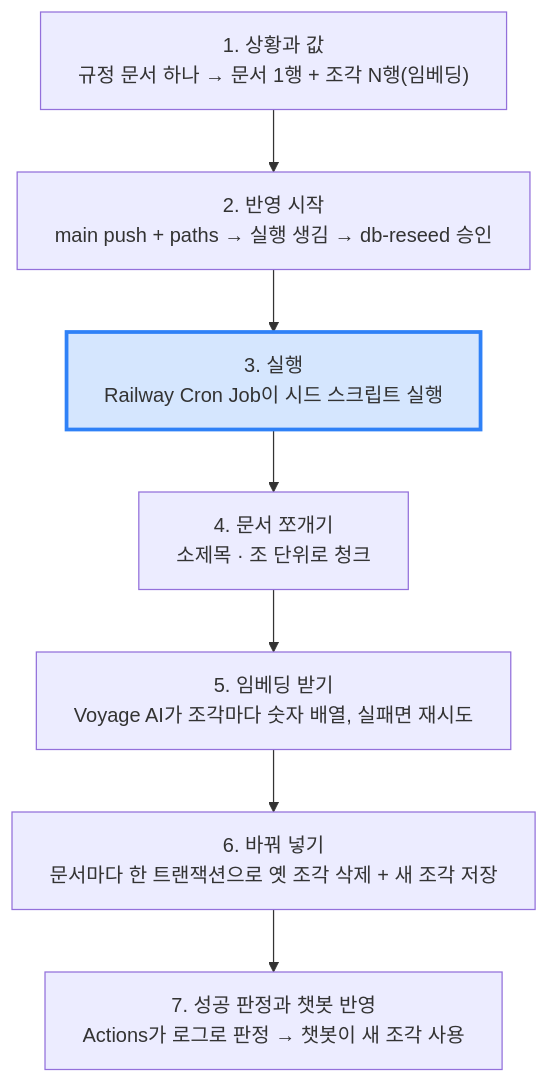
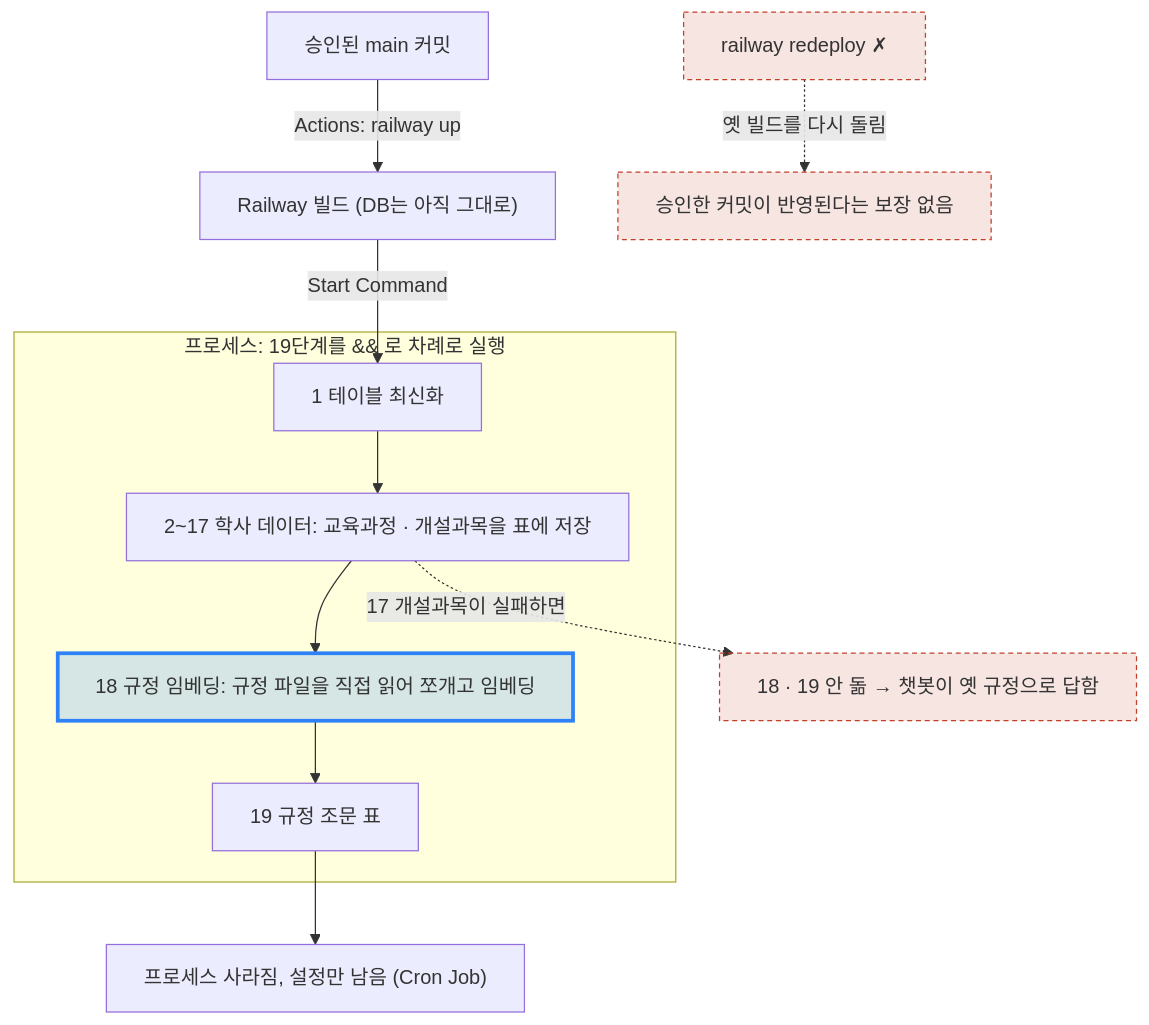
The first of 2 diagrams in 2026/November/11-24.md (ChildrenAon/TIL), drawn with Mermaid before and after one commit. The commit also changed other lines of this file, not shown here.

````diff
--- a/2026/November/11-24.md
+++ b/2026/November/11-24.md
@@ -17,12 +18,18 @@
 ```mermaid
 %%{init: {"flowchart": {"wrappingWidth": 600}, "themeCSS": ".edgeLabel div { display: table-cell !important; width: auto !important; max-width: none !important; white-space: nowrap !important; } .edgeLabel p { padding: 5px 12px !important; margin: 0 !important; background: #55555599; } .edgeLabel, .edgeLabel span, .edgeLabel .labelBkg { background: transparent !important; }"}}%%
 flowchart TD
-  A["1. 상황과 값<br/>규정 문서 하나 → 문서 1행 + 조각 N행(임베딩)"] --> B["2. 반영 시작<br/>main push + paths → 실행 생김 → db-reseed 승인"]
-  B --> C["3. 실행<br/>Railway Cron Job이 시드 스크립트 실행"]
-  C --> D["4. 문서 쪼개기<br/>소제목 · 조 단위로 청크"]
-  D --> E["5. 임베딩 받기<br/>Voyage AI가 조각마다 숫자 배열, 실패면 재시도"]
-  E --> F["6. 바꿔 넣기<br/>문서마다 한 트랜잭션으로 옛 조각 삭제 + 새 조각 저장"]
-  F --> G["7. 성공 판정과 챗봇 반영<br/>Actions가 로그로 판정 → 챗봇이 새 조각 사용"]
+  A["승인된 main 커밋"] -->|"Actions: railway up"| B["Railway 빌드 (DB는 아직 그대로)"]
+  B -->|"Start Command"| P1
+  subgraph P["프로세스: 19단계를 && 로 차례로 실행"]
+    P1["1 테이블 최신화"] --> P2["2~17 학사 데이터: 교육과정 · 개설과목을 표에 저장"]
+    P2 --> P18["18 규정 임베딩: 규정 파일을 직접 읽어 쪼개고 임베딩"]
+    P18 --> P19["19 규정 조문 표"]
+  end
+  P19 --> E["프로세스 사라짐, 설정만 남음 (Cron Job)"]
+  R["railway redeploy ✗"] -.->|"옛 빌드를 다시 돌림"| X["승인한 커밋이 반영된다는 보장 없음"]
+  P2 -.->|"17 개설과목이 실패하면"| F["18 · 19 안 돎 → 챗봇이 옛 규정으로 답함"]
   classDef seen fill:#2f81f733,stroke:#2f81f7,stroke-width:3px
-  class C seen
+  classDef bad fill:#c2402a22,stroke:#c2402a,stroke-dasharray:4 3
+  class P18 seen
+  class R,X,F bad
 ```
````
